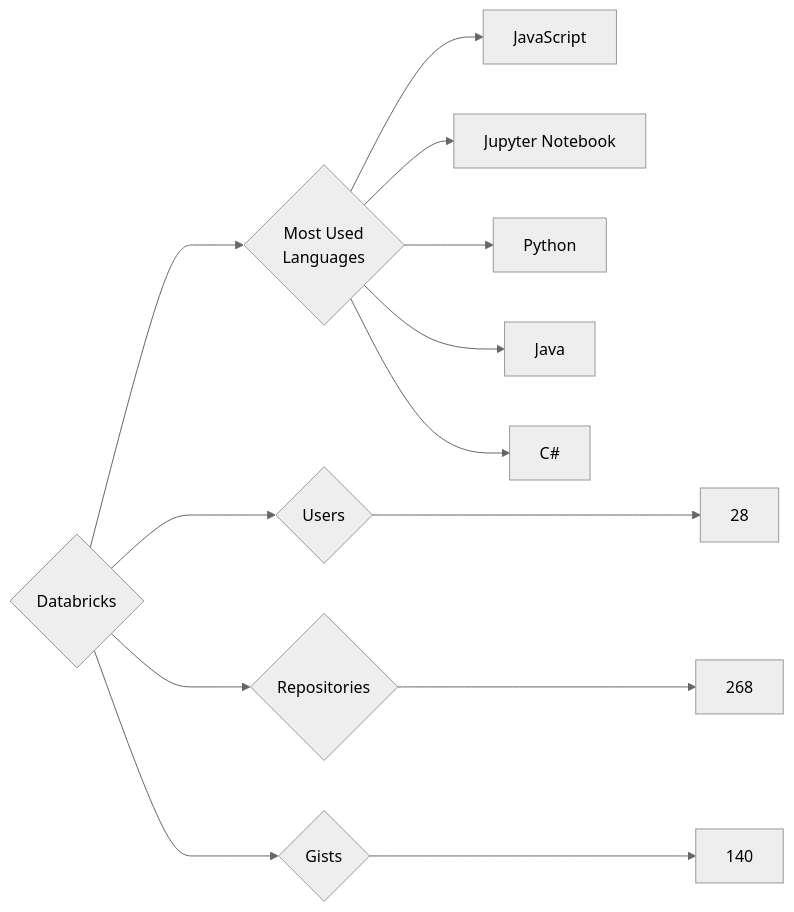
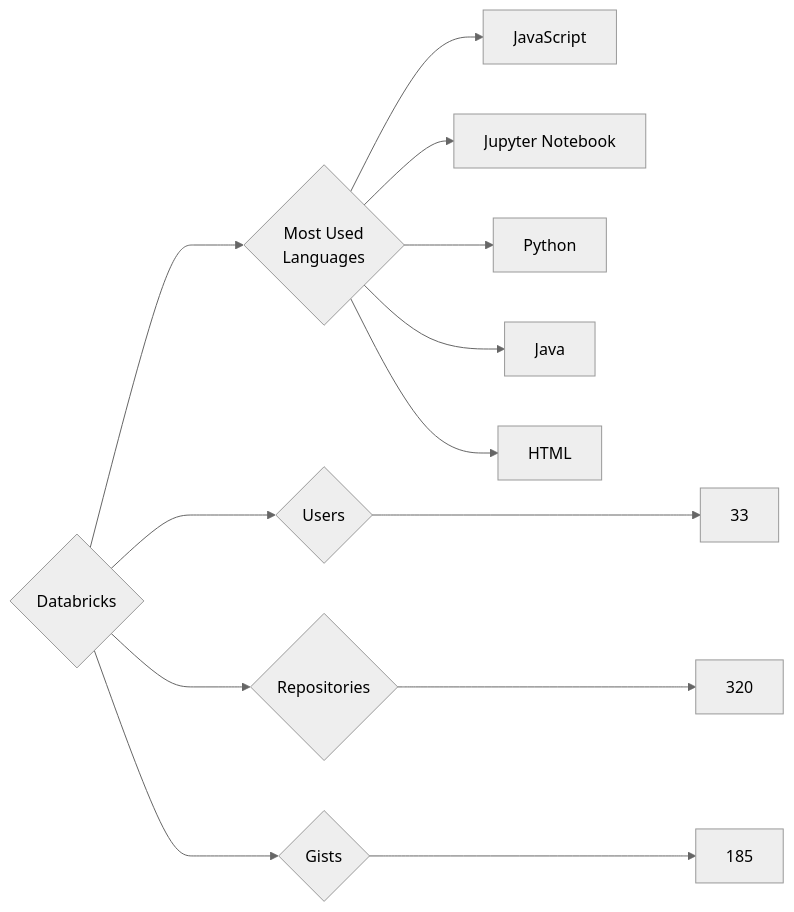
One commit to trickest/insiders changed the diagram in targets/Databricks/README.md. Above: the diagram before and after it, drawn with Mermaid (neutral theme). The commit also changed 636 other files, not shown here.

````diff
--- a/targets/Databricks/README.md
+++ b/targets/Databricks/README.md
@@ -3,13 +3,13 @@
 ```mermaid
 graph LR
 COMPANY_NAME{Databricks}
-COMPANY_NAME ---> U{Users} ---> UN[28]
-COMPANY_NAME ---> R{Repositories} ---> RN[268]
-COMPANY_NAME ---> G{Gists} ---> GN[140]
+COMPANY_NAME ---> U{Users} ---> UN[33]
+COMPANY_NAME ---> R{Repositories} ---> RN[320]
+COMPANY_NAME ---> G{Gists} ---> GN[185]
 COMPANY_NAME ---> ML{Most Used<br>Languages}
 ML --> JavaScript[JavaScript]
 ML --> Jupyter_Notebook[Jupyter Notebook]
 ML --> Python[Python]
 ML --> Java[Java]
-ML --> C#[C#]
+ML --> HTML[HTML]
 ```
````
